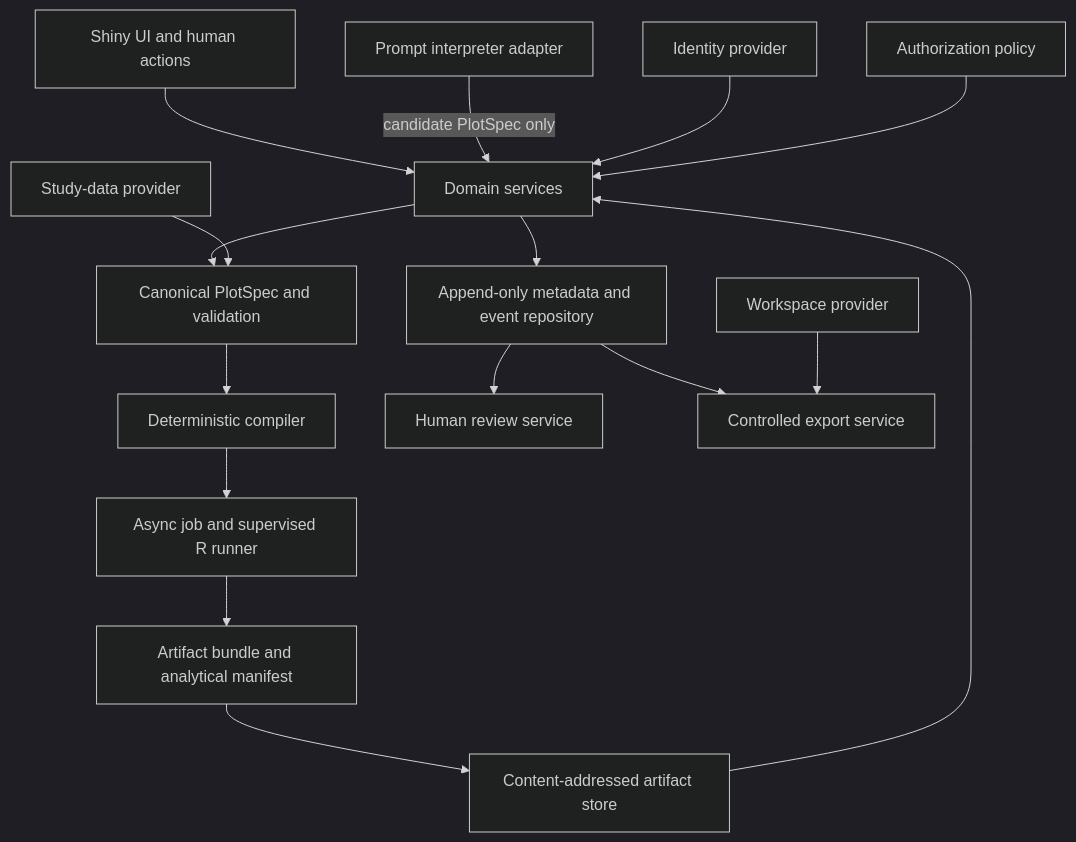
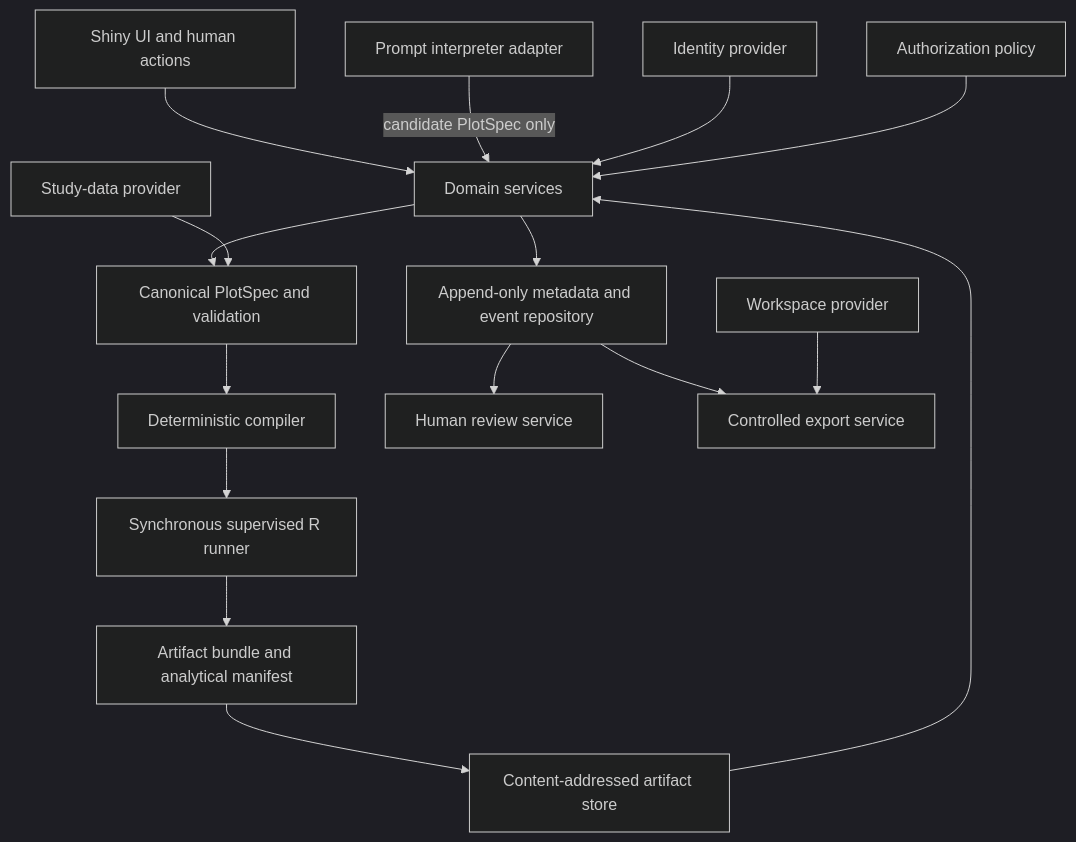
One commit to Ramdhadage/ADaMViz.SubmissionSync changed the first of 4 diagrams in docs/plans/2026-09-06-0014-feat-plot-pattern-assurance-cell-plan.md. Above: the diagram before and after it, drawn with Mermaid (dark theme). The commit also changed other lines of this file and 18 other files, not shown here.

````diff
--- a/docs/plans/2026-09-06-0014-feat-plot-pattern-assurance-cell-plan.md
+++ b/docs/plans/2026-09-06-0014-feat-plot-pattern-assurance-cell-plan.md
@@ -241,18 +241,18 @@
 ```mermaid
 flowchart TB
   UI[Shiny UI and human actions] --> DS[Domain services]
   PI[Prompt interpreter adapter] -->|candidate PlotSpec only| DS
   DS --> PS[Canonical PlotSpec and validation]
   PS --> CP[Deterministic compiler]
-  CP --> JR[Async job and supervised R runner]
+  CP --> JR[Synchronous supervised R runner]
   JR --> AB[Artifact bundle and analytical manifest]
   AB --> AS[Content-addressed artifact store]
   AS --> DS
   DS --> ER[Append-only metadata and event repository]
   ER --> RV[Human review service]
   ER --> EX[Controlled export service]
   DP[Study-data provider] --> PS
   ID[Identity provider] --> DS
   AZ[Authorization policy] --> DS
   WP[Workspace provider] --> EX
 ```
````
